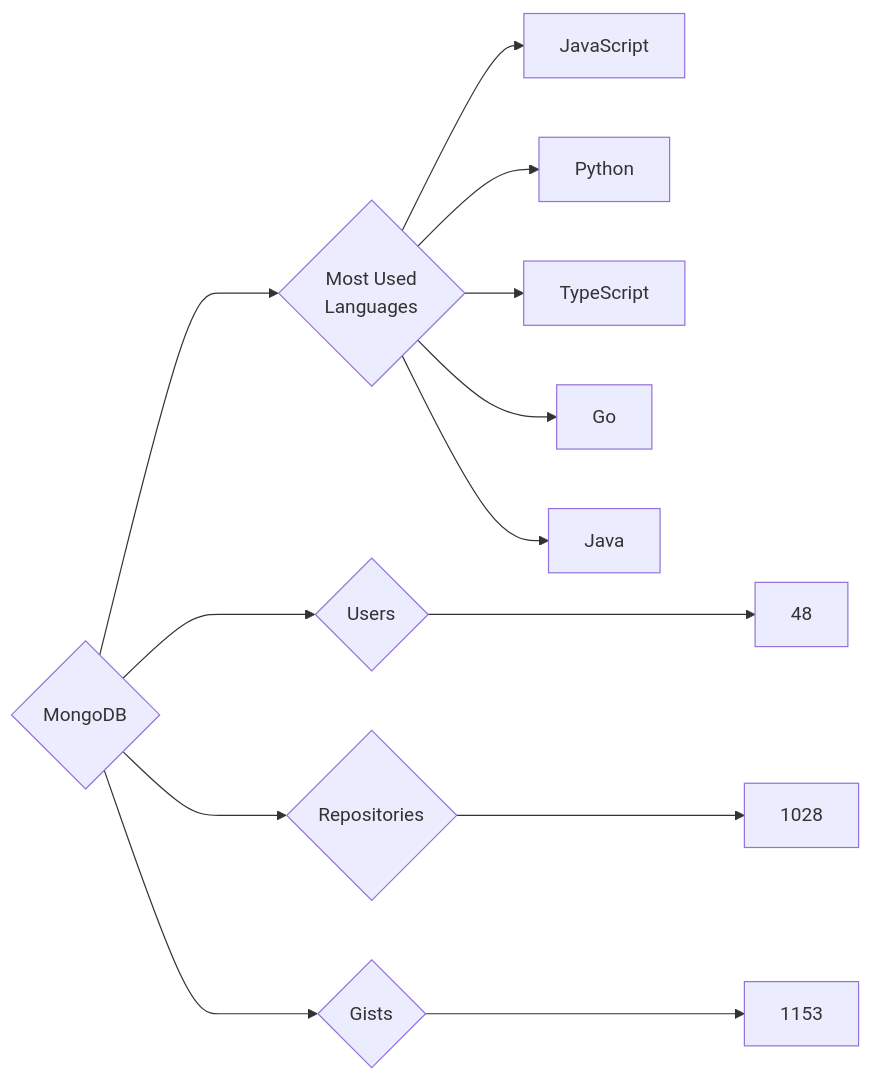
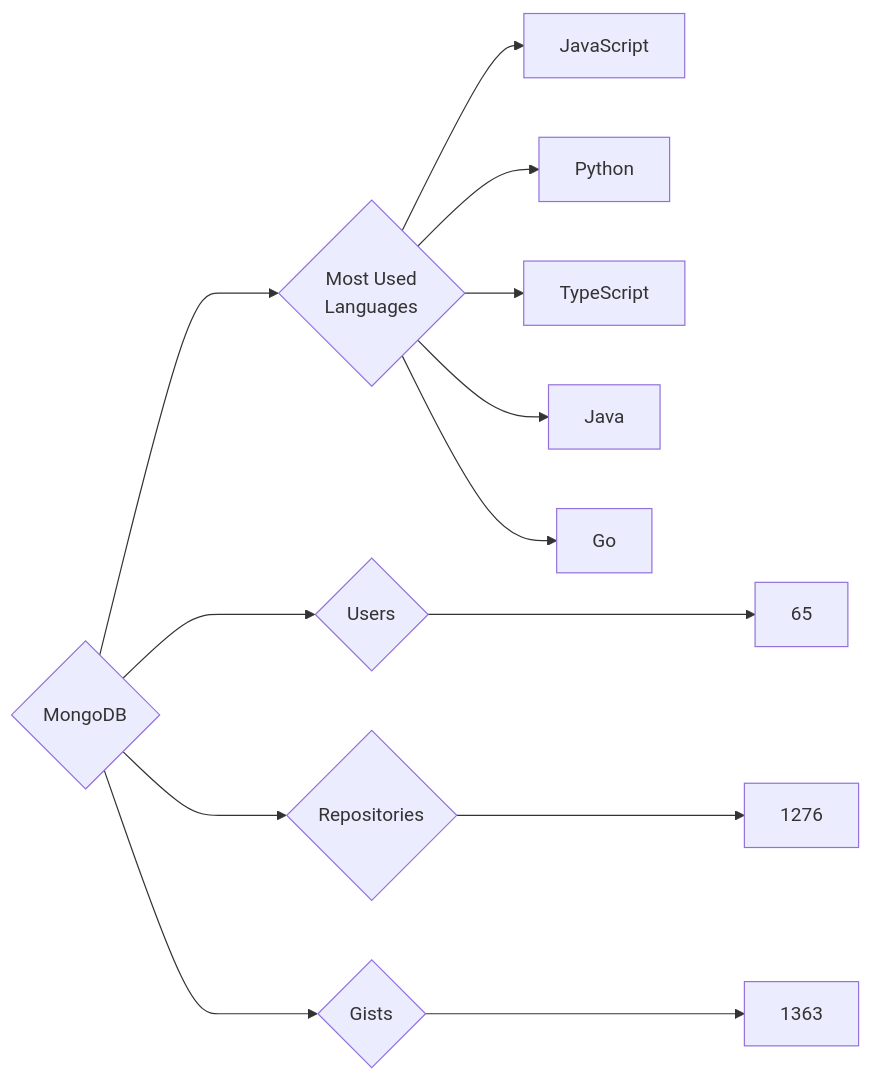
One commit to trickest/insiders changed the diagram in targets/MongoDB/README.md. Above: the diagram before and after it, drawn with Mermaid. The commit also changed 871 other files, not shown here.

````diff
--- a/targets/MongoDB/README.md
+++ b/targets/MongoDB/README.md
@@ -3,13 +3,13 @@
 ```mermaid
 graph LR
 COMPANY_NAME{MongoDB}
-COMPANY_NAME ---> U{Users} ---> UN[48]
-COMPANY_NAME ---> R{Repositories} ---> RN[1028]
-COMPANY_NAME ---> G{Gists} ---> GN[1153]
+COMPANY_NAME ---> U{Users} ---> UN[65]
+COMPANY_NAME ---> R{Repositories} ---> RN[1276]
+COMPANY_NAME ---> G{Gists} ---> GN[1363]
 COMPANY_NAME ---> ML{Most Used<br>Languages}
 ML --> JavaScript[JavaScript]
 ML --> Python[Python]
 ML --> TypeScript[TypeScript]
+ML --> Java[Java]
 ML --> Go[Go]
-ML --> Java[Java]
 ```
````
